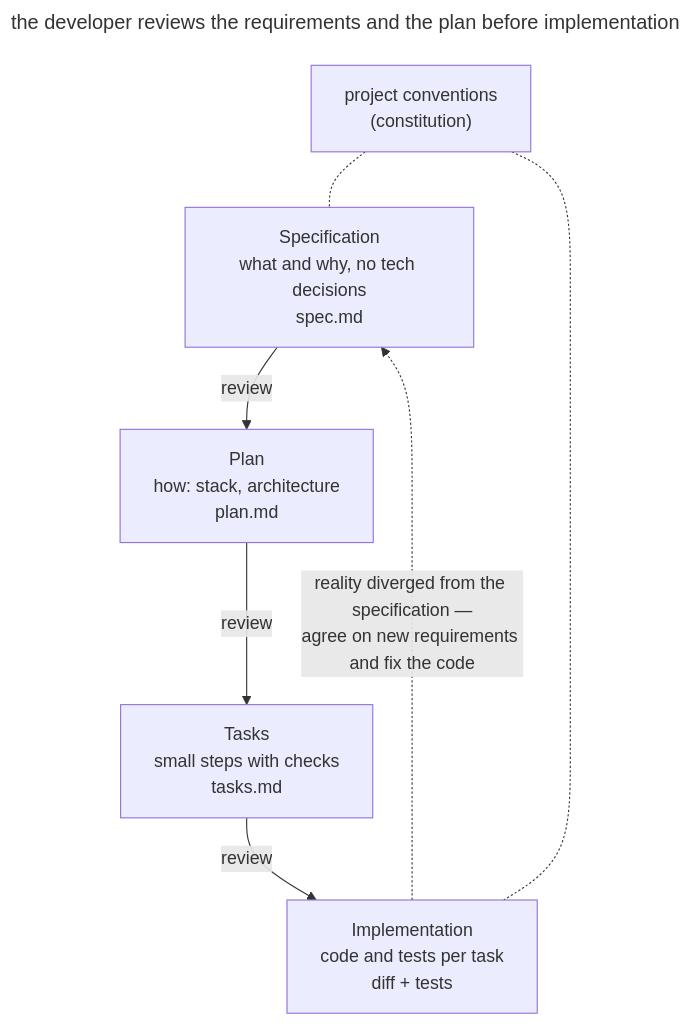
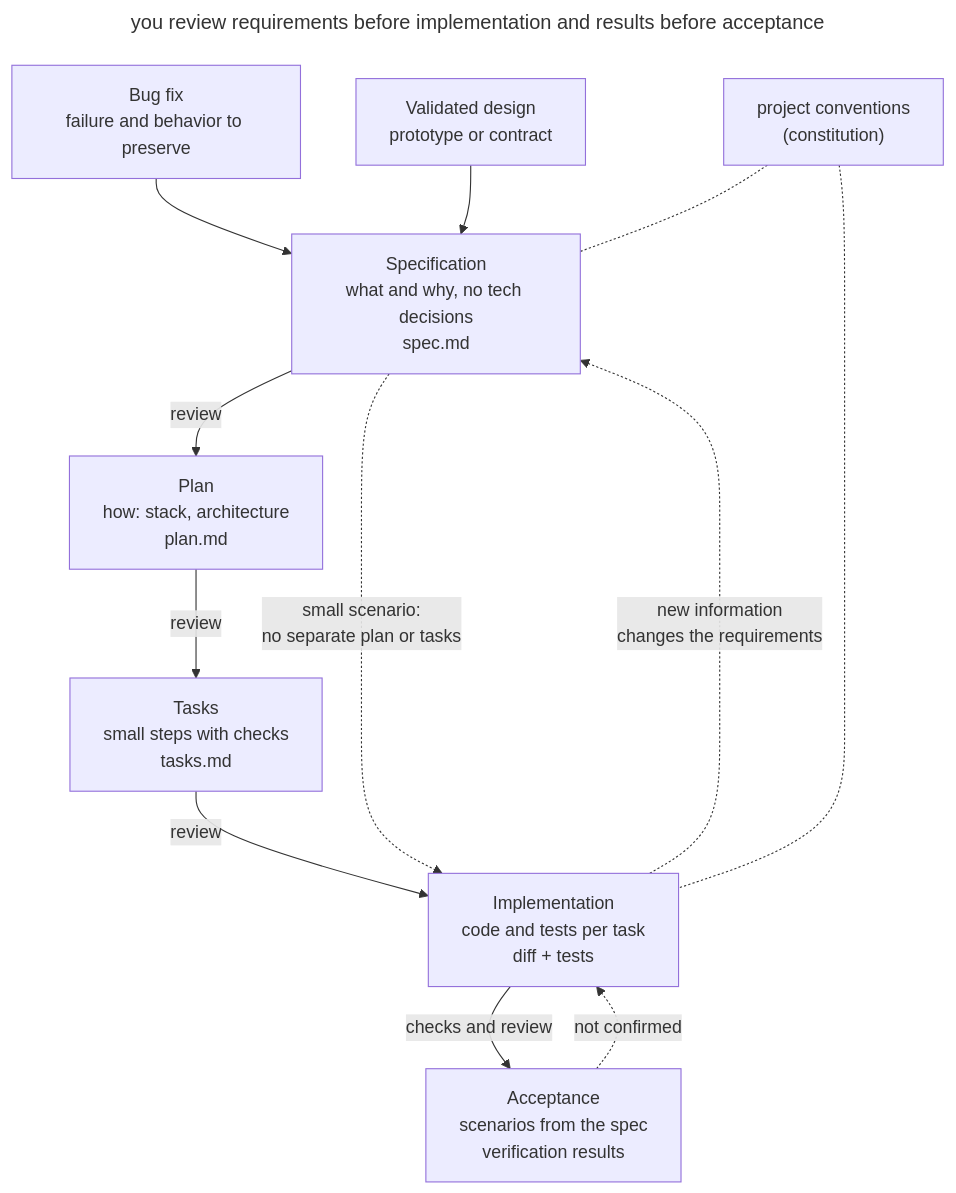
One commit to mokevnin/agentic-coding-design-patterns changed the diagram in book/en/spec-driven-development.md. Above: the diagram before and after it, drawn with Mermaid. The commit also changed other lines of this file and 3 other files, not shown here.

````diff
--- a/book/en/spec-driven-development.md
+++ b/book/en/spec-driven-development.md
@@ -41,15 +43,23 @@
 ```mermaid
 ---
-title: the developer reviews the requirements and the plan before implementation
+title: you review requirements before implementation and results before acceptance
 ---
 flowchart TB
+  bug["Bug fix<br/>failure and behavior to preserve"]:::muted
+  design["Validated design<br/>prototype or contract"]:::muted
   spec["Specification<br/>what and why, no tech decisions<br/>spec.md"]
   plan["Plan<br/>how: stack, architecture<br/>plan.md"]
   tasks["Tasks<br/>small steps with checks<br/>tasks.md"]
   impl["Implementation<br/>code and tests per task<br/>diff + tests"]
+  accept["Acceptance<br/>scenarios from the spec<br/>verification results"]:::accent
   rules["project conventions<br/>(constitution)"]:::accent
+  bug --> spec
+  design --> spec
   spec -- "review" --> plan -- "review" --> tasks -- "review" --> impl
-  impl -. "reality diverged from the specification —<br/>agree on new requirements and fix the code" .-> spec
+  spec -. "small scenario:<br/>no separate plan or tasks" .-> impl
+  impl -- "checks and review" --> accept
+  accept -. "not confirmed" .-> impl
+  impl -. "new information<br/>changes the requirements" .-> spec
   rules -.- spec
   rules -.- impl
 ```
````
